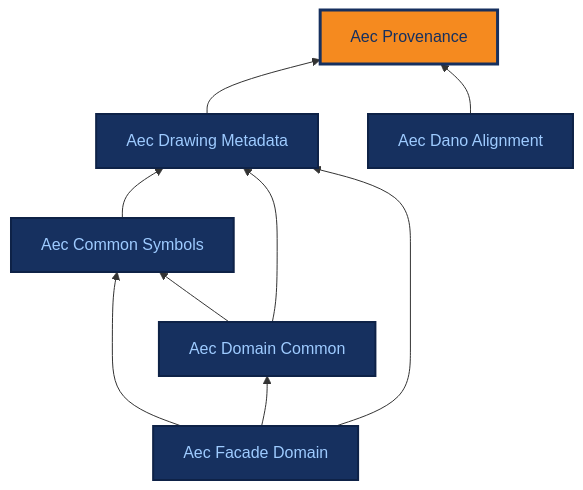
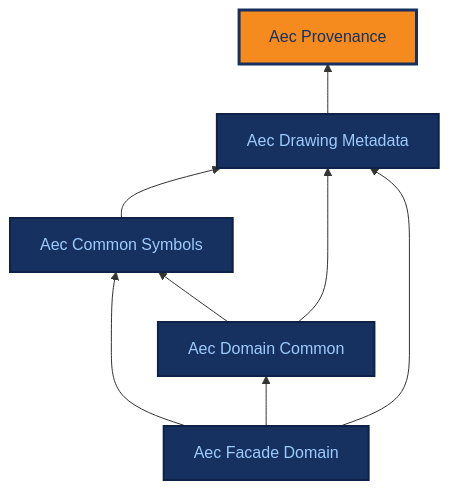
One commit to BuroHappoldMachineLearning/ADIRO changed the diagram in docs/ontologies/aec_provenance.md. Above: the diagram before and after it, drawn with Mermaid. The commit also changed 23 other files, not shown here.

First line of the commit message:
feat(aec_dano_alignment)!: remove the DAnO compatibility layer; keep the comparison as documentation only

````diff
--- a/docs/ontologies/aec_provenance.md
+++ b/docs/ontologies/aec_provenance.md
@@ -16,28 +16,25 @@
 ```mermaid
 %%{init: {"themeCSS": ".base .nodeLabel,.base .nodeLabel p,.base text,.base tspan{fill:#9ecbff !important;color:#9ecbff !important}.current .nodeLabel,.current .nodeLabel p,.current text,.current tspan{fill:#16305f !important;color:#16305f !important}"} }%%
 graph BT
     aec_provenance["Aec Provenance"]
     aec_drawing_metadata["Aec Drawing Metadata"]
     aec_common_symbols["Aec Common Symbols"]
     aec_domain_common["Aec Domain Common"]
     aec_facade_domain["Aec Facade Domain"]
-    aec_dano_alignment["Aec Dano Alignment"]
     aec_drawing_metadata --> aec_provenance
     aec_common_symbols --> aec_drawing_metadata
     aec_domain_common --> aec_common_symbols
     aec_domain_common --> aec_drawing_metadata
     aec_facade_domain --> aec_common_symbols
     aec_facade_domain --> aec_domain_common
     aec_facade_domain --> aec_drawing_metadata
-    aec_dano_alignment --> aec_provenance
     click aec_provenance "../aec_provenance/" "Aec Provenance reference page"
     click aec_drawing_metadata "../aec_drawing_metadata/" "Aec Drawing Metadata reference page"
     click aec_common_symbols "../aec_common_symbols/" "Aec Common Symbols reference page"
     click aec_domain_common "../aec_domain_common/" "Aec Domain Common reference page"
     click aec_facade_domain "../aec_facade_domain/" "Aec Facade Domain reference page"
-    click aec_dano_alignment "../aec_dano_alignment/" "Aec Dano Alignment reference page"
     classDef base fill:#16305f,stroke:#0e2247,stroke-width:2px,color:#9ecbff;
-    class aec_drawing_metadata,aec_common_symbols,aec_domain_common,aec_facade_domain,aec_dano_alignment base;
+    class aec_drawing_metadata,aec_common_symbols,aec_domain_common,aec_facade_domain base;
     classDef current fill:#f58a1f,stroke:#16305f,stroke-width:3px,color:#16305f;
     class aec_provenance current;
 ```
````
